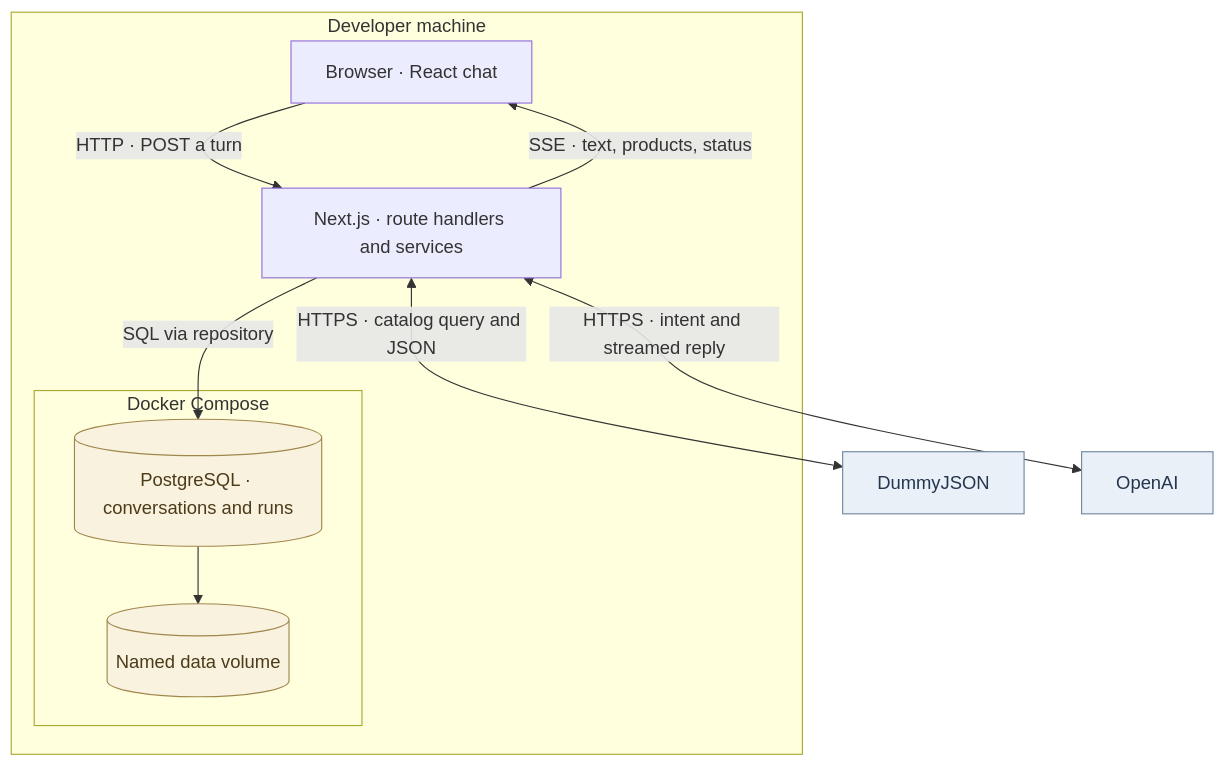
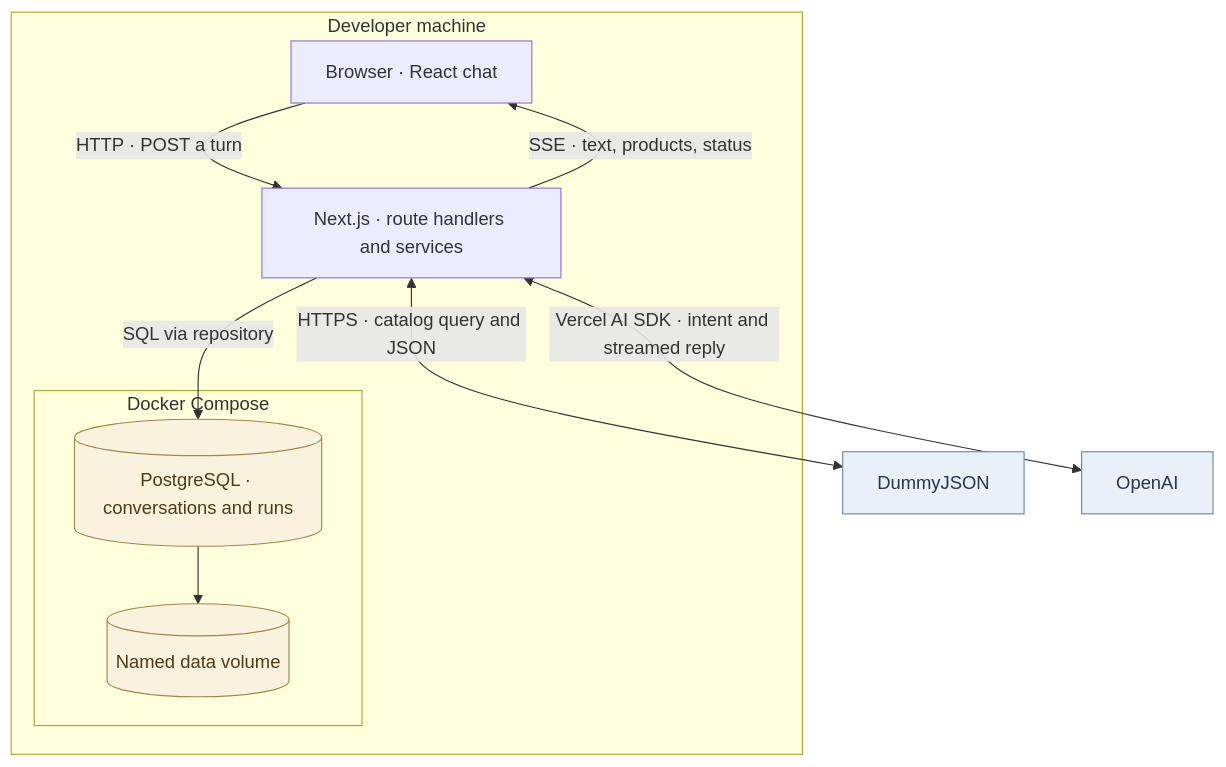
Diagram 11 of 11 in docs/architecture.md (rosneri/bazak), drawn with Mermaid before and after one commit. The commit also changed other lines of this file and 21 other files, not shown here.

````diff
--- a/docs/architecture.md
+++ b/docs/architecture.md
@@ -170,21 +179,21 @@
 ```mermaid
 flowchart TB
   subgraph machine["Developer machine"]
     browser["Browser · React chat"]
     server["Next.js · route handlers and services"]
     subgraph compose["Docker Compose"]
       pg[("PostgreSQL · conversations and runs")]
       volume[("Named data volume")]
       pg --> volume
     end
     browser -->|HTTP · POST a turn| server
     server -->|SSE · text, products, status| browser
     server -->|SQL via repository| pg
   end
   server <-->|HTTPS · catalog query and JSON| catalog["DummyJSON"]
-  server <-->|HTTPS · intent and streamed reply| model["OpenAI"]
+  server <-->|Vercel AI SDK · intent and streamed reply| model["OpenAI"]
   classDef external fill:#eaf0f8,stroke:#7288a3,color:#24354e
   classDef storage fill:#f9f2df,stroke:#a0874c,color:#4c3b19
   class model,catalog external
   class pg,volume storage
 ```
````
